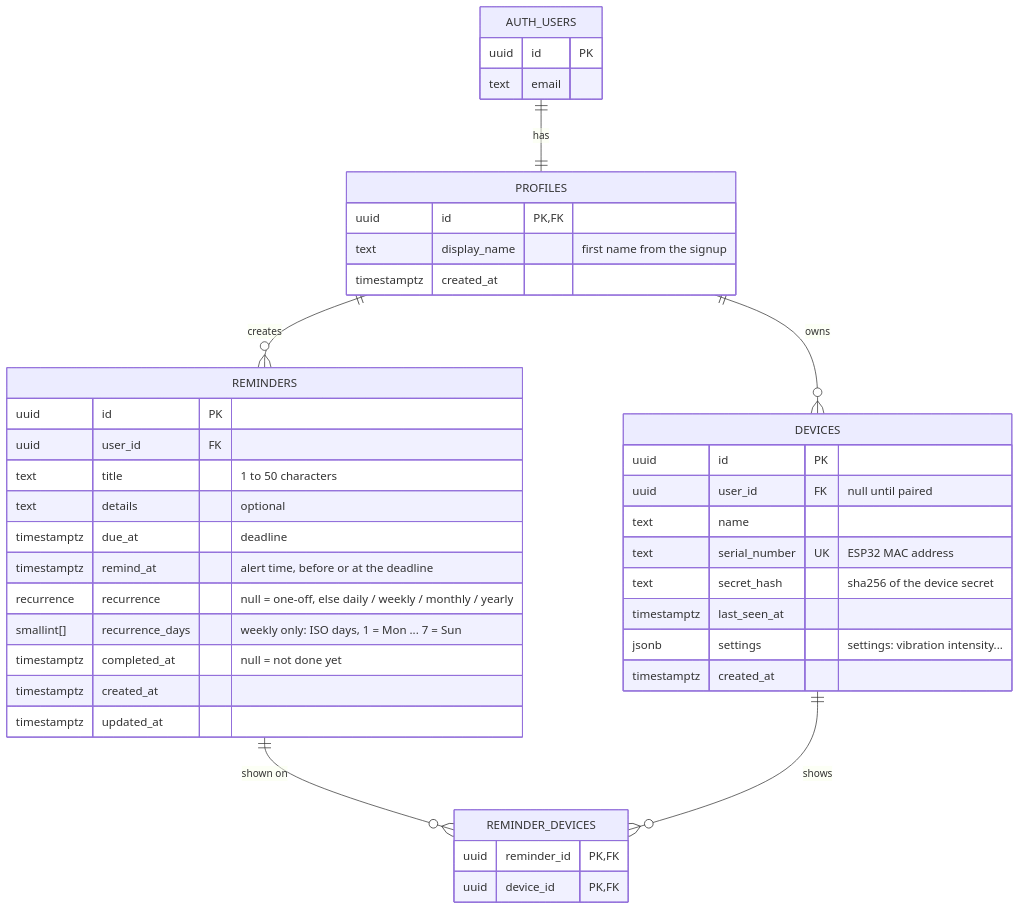
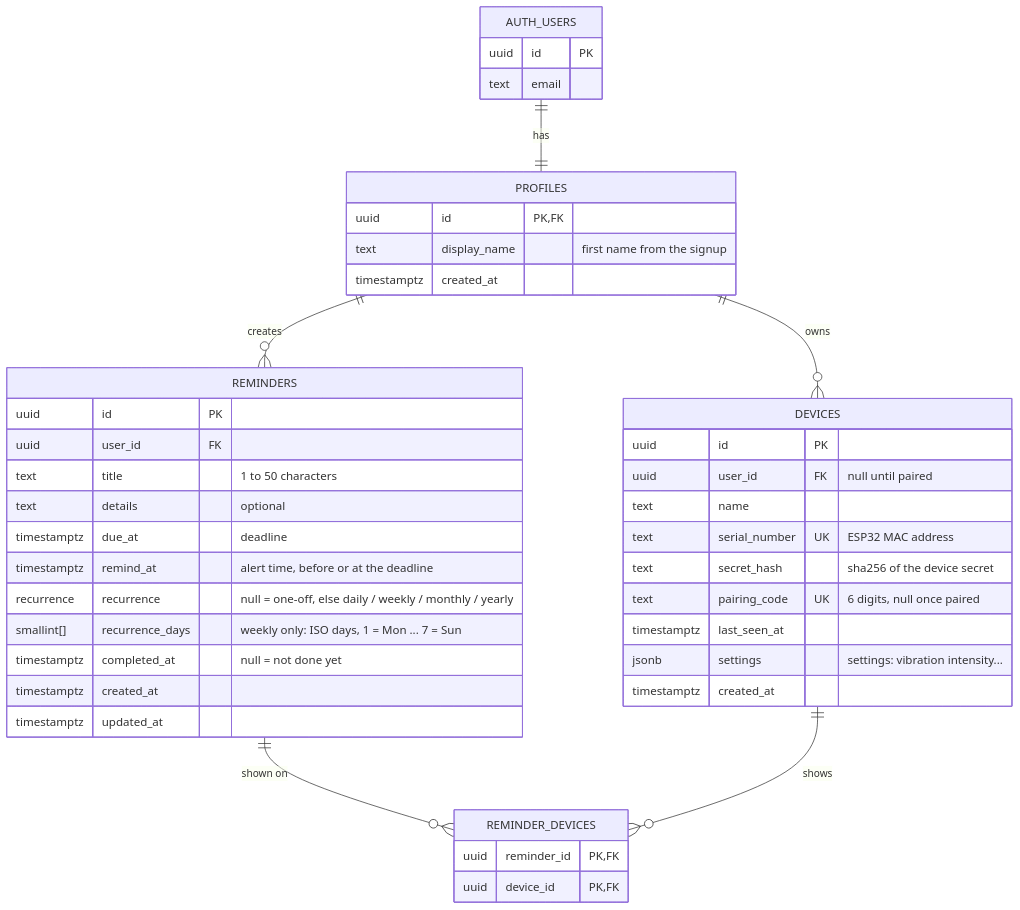
Before and after one commit to acronoxx/desk-companion: the diagram in database/schema.md, drawn with Mermaid. The commit also changed other lines of this file and 18 other files, not shown here.

````diff
--- a/database/schema.md
+++ b/database/schema.md
@@ -9,49 +9,50 @@
 ```mermaid
 erDiagram
     AUTH_USERS ||--|| PROFILES : "has"
     PROFILES ||--o{ DEVICES : "owns"
     PROFILES ||--o{ REMINDERS : "creates"
     REMINDERS ||--o{ REMINDER_DEVICES : "shown on"
     DEVICES ||--o{ REMINDER_DEVICES : "shows"
 
     AUTH_USERS {
         uuid id PK
         text email
     }
 
     PROFILES {
         uuid id PK, FK
         text display_name "first name from the signup"
         timestamptz created_at
     }
 
     DEVICES {
         uuid id PK
         uuid user_id FK "null until paired"
         text name
         text serial_number UK "ESP32 MAC address"
         text secret_hash "sha256 of the device secret"
+        text pairing_code UK "6 digits, null once paired"
         timestamptz last_seen_at
         jsonb settings "settings: vibration intensity..."
         timestamptz created_at
     }
 
     REMINDERS {
         uuid id PK
         uuid user_id FK
         text title "1 to 50 characters"
         text details "optional"
         timestamptz due_at "deadline"
         timestamptz remind_at "alert time, before or at the deadline"
         recurrence recurrence "null = one-off, else daily / weekly / monthly / yearly"
         smallint[] recurrence_days "weekly only: ISO days, 1 = Mon ... 7 = Sun"
         timestamptz completed_at "null = not done yet"
         timestamptz created_at
         timestamptz updated_at
     }
 
     REMINDER_DEVICES {
         uuid reminder_id PK, FK
         uuid device_id PK, FK
     }
 ```
````
